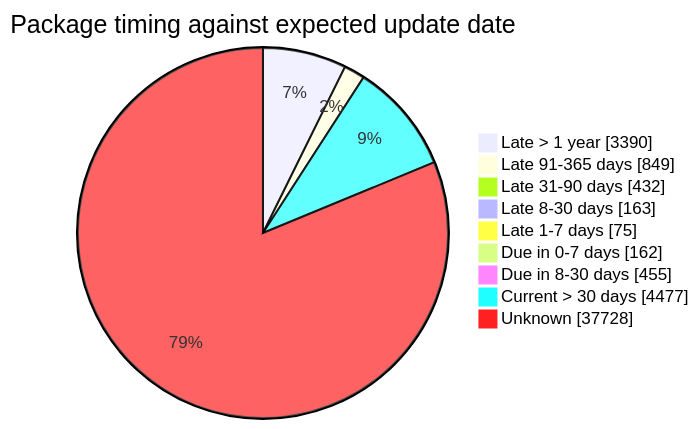
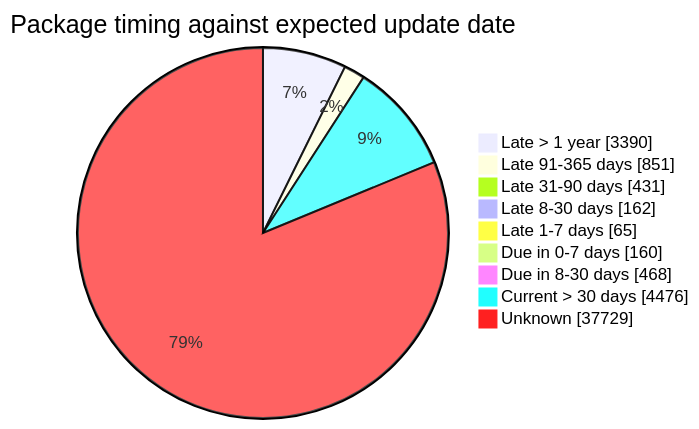
Before and after one commit to open-data/analytics-corporate-reporting: the fourth of 5 diagrams in FreshCheck/README.md, drawn with Mermaid. The commit also changed other lines of this file and 3 other files, not shown here.

````diff
--- a/FreshCheck/README.md
+++ b/FreshCheck/README.md
@@ -86,12 +86,12 @@
 ```mermaid
 pie showData title Package timing against expected update date
     "Late > 1 year": 3390
-    "Late 91-365 days": 849
-    "Late 31-90 days": 432
-    "Late 8-30 days": 163
-    "Late 1-7 days": 75
-    "Due in 0-7 days": 162
-    "Due in 8-30 days": 455
-    "Current > 30 days": 4477
-    "Unknown": 37728
+    "Late 91-365 days": 851
+    "Late 31-90 days": 431
+    "Late 8-30 days": 162
+    "Late 1-7 days": 65
+    "Due in 0-7 days": 160
+    "Due in 8-30 days": 468
+    "Current > 30 days": 4476
+    "Unknown": 37729
 ```
````
